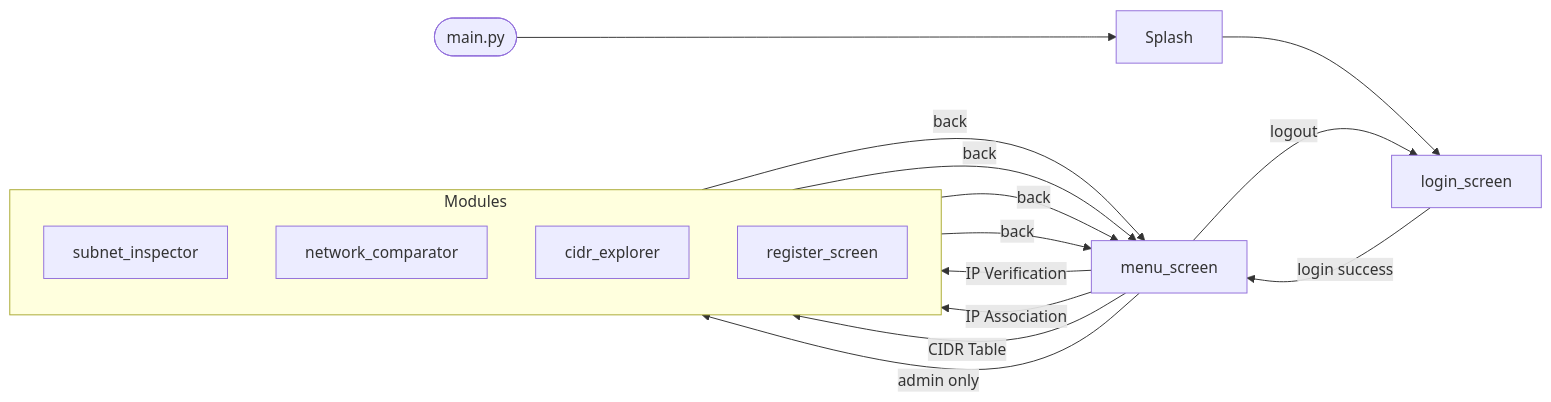
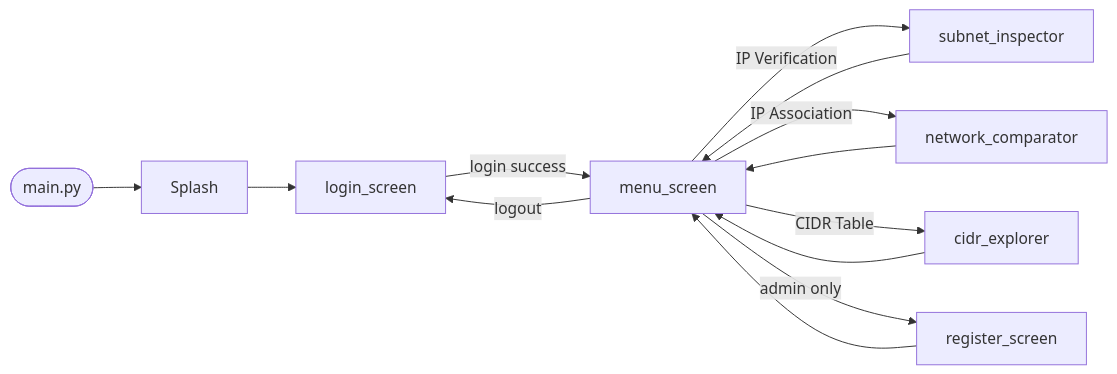
The diagram in README.md (xen0r-star/IpCrypt), drawn with Mermaid before and after one commit. The commit also changed other lines of this file and 6 other files, not shown here.

````diff
--- a/README.md
+++ b/README.md
@@ -69,26 +124,18 @@
 ```mermaid
 flowchart LR
     A([main.py]) --> B[Splash]
     B --> C[login_screen]
 
     C -->|login success| D[menu_screen]
     D -->|logout| C
 
-    subgraph modules["Modules"]
-        direction TB
-        F[subnet_inspector]
-        G[network_comparator]
-        H[cidr_explorer]
-        E[register_screen]
-    end
+    D -->|IP Verification| F[subnet_inspector]
+    D -->|IP Association| G[network_comparator]
+    D -->|CIDR Table| H[cidr_explorer]
+    D -->|admin only| E[register_screen]
 
-    D -->|IP Verification| F
-    D -->|IP Association| G
-    D -->|CIDR Table| H
-    D -->|admin only| E
-
-    F -->|back| D
-    G -->|back| D
-    H -->|back| D
-    E -->|back| D
+    F --> D
+    G --> D
+    H --> D
+    E --> D
 ```
````
